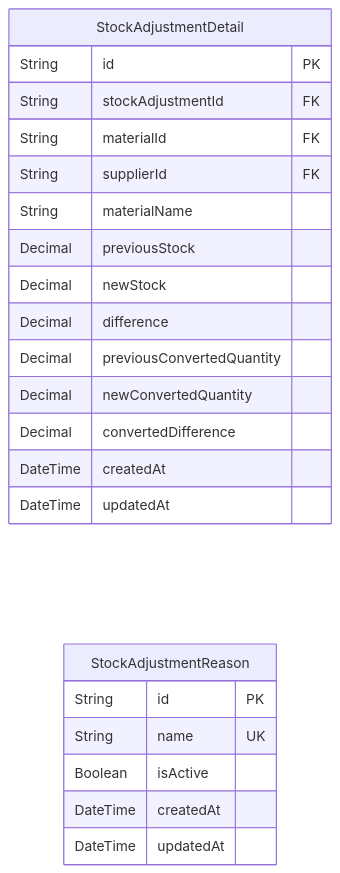
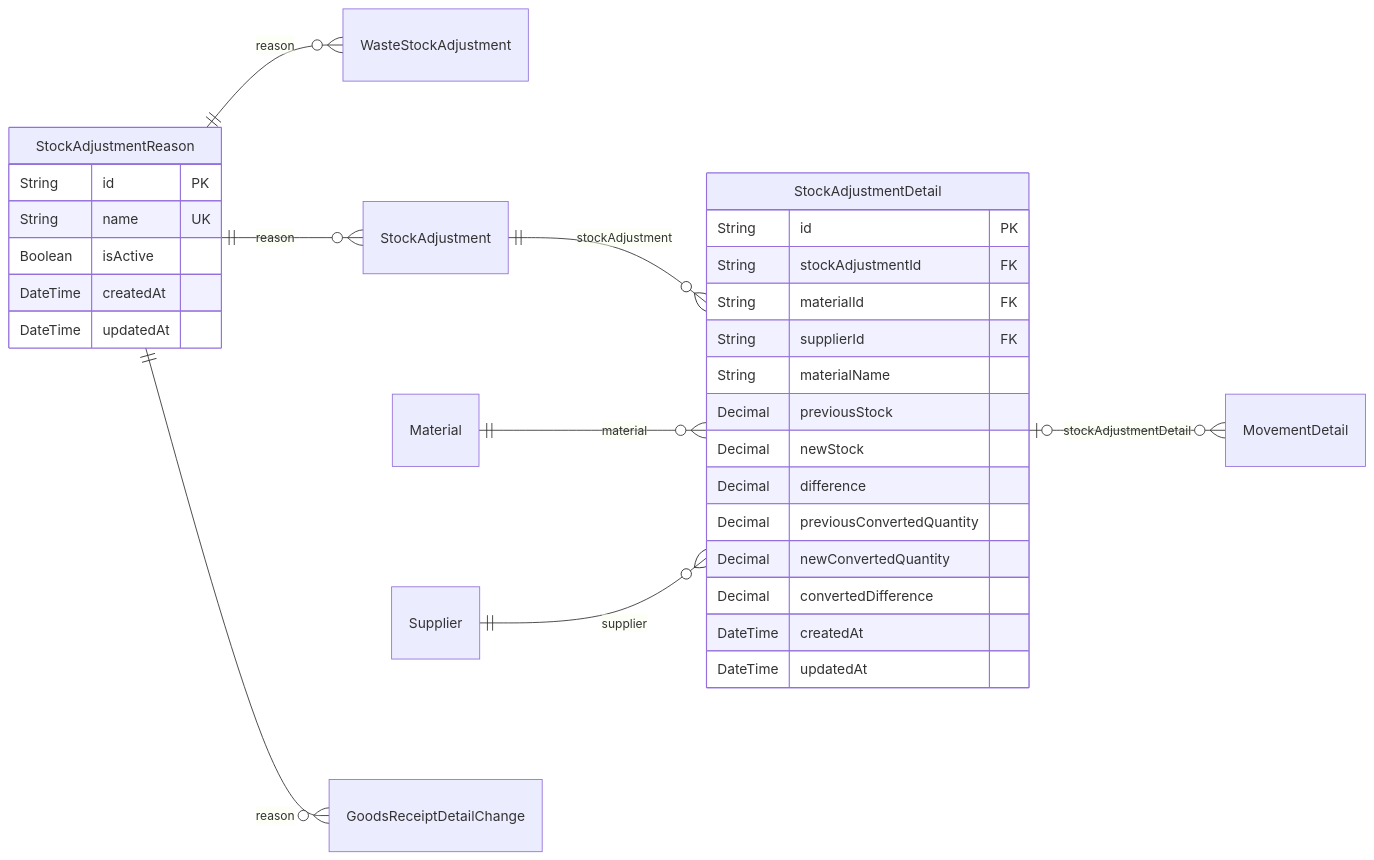
One commit to gpgsistemas01/nexus changed diagram 11 of 26 in docs/architecture/views/logical/data-and-persistence/generated/database-schema.md. Above: the diagram before and after it, drawn with Mermaid. The commit also changed other lines of this file and 3 other files, not shown here.

Commit message:
docs: corregir relaciones del ER y retirar capturas pendientes

````diff
--- a/docs/architecture/views/logical/data-and-persistence/generated/database-schema.md
+++ b/docs/architecture/views/logical/data-and-persistence/generated/database-schema.md
@@ -380,27 +489,33 @@
 ```mermaid
 erDiagram
     direction LR
     StockAdjustmentDetail {
         String id PK
         String stockAdjustmentId FK
         String materialId FK
         String supplierId FK
         String materialName
         Decimal previousStock
         Decimal newStock
         Decimal difference
         Decimal previousConvertedQuantity
         Decimal newConvertedQuantity
         Decimal convertedDifference
         DateTime createdAt
         DateTime updatedAt
     }
     StockAdjustmentReason {
         String id PK
         String name UK
         Boolean isActive
         DateTime createdAt
         DateTime updatedAt
     }
-
+    StockAdjustmentReason ||--o{ WasteStockAdjustment : "reason"
+    StockAdjustmentDetail o|--o{ MovementDetail : "stockAdjustmentDetail"
+    StockAdjustmentReason ||--o{ StockAdjustment : "reason"
+    StockAdjustment ||--o{ StockAdjustmentDetail : "stockAdjustment"
+    Material ||--o{ StockAdjustmentDetail : "material"
+    Supplier ||--o{ StockAdjustmentDetail : "supplier"
+    StockAdjustmentReason ||--o{ GoodsReceiptDetailChange : "reason"
 ```
````
